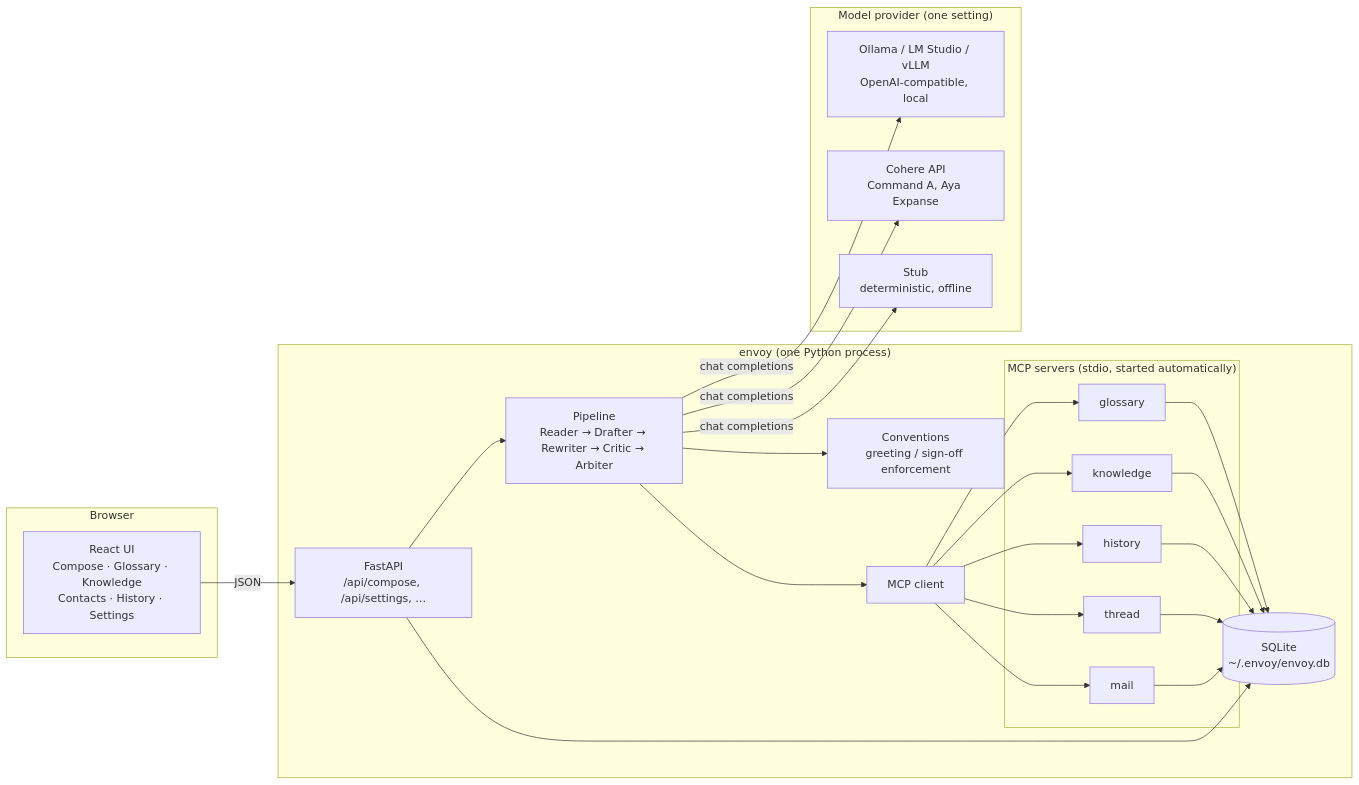
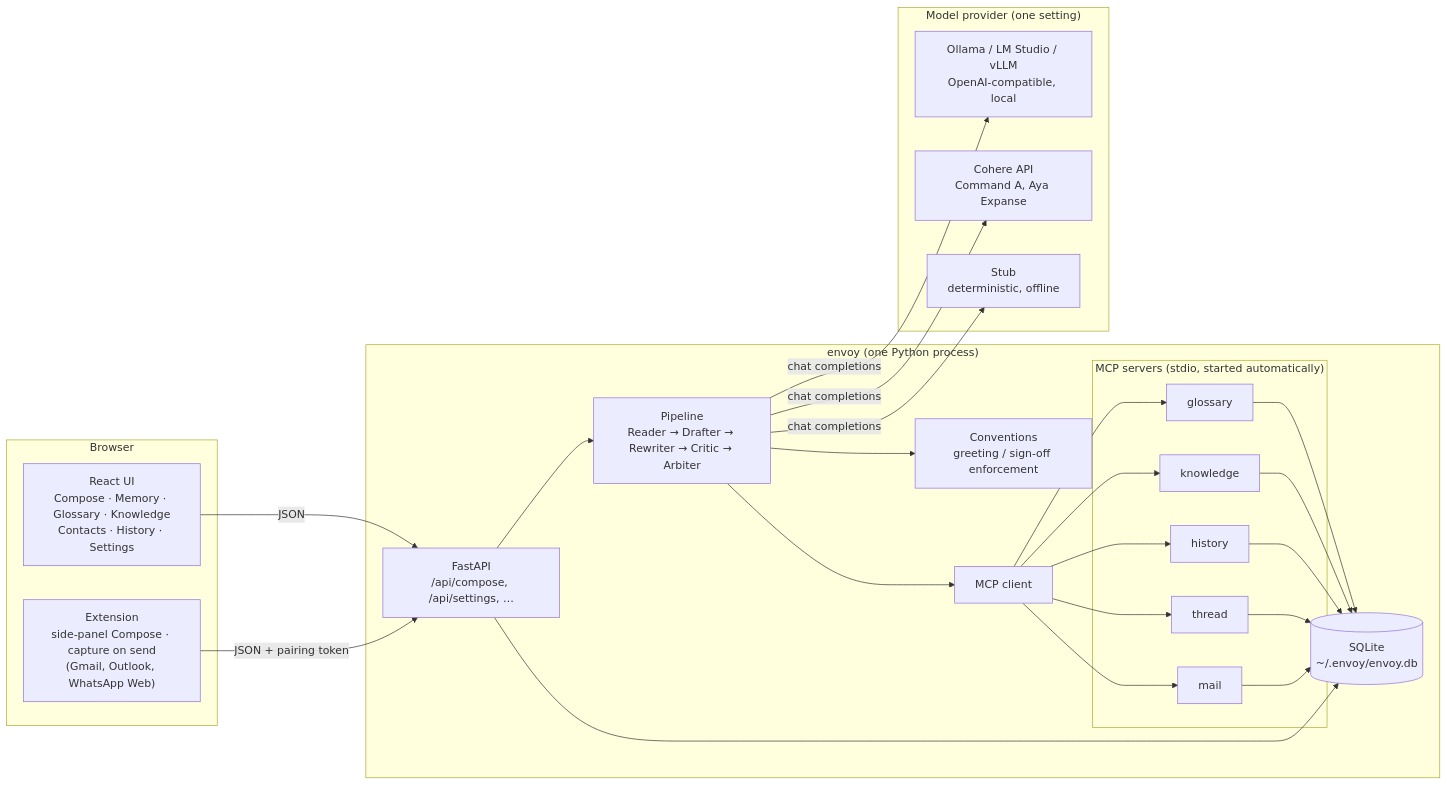
Before and after one commit to Saltef/Localect: the first of 4 diagrams in docs/ARCHITECTURE.md, drawn with Mermaid. The commit also changed 32 other files, not shown here.

````diff
--- a/docs/ARCHITECTURE.md
+++ b/docs/ARCHITECTURE.md
@@ -12,35 +12,37 @@
 ```mermaid
 flowchart LR
     subgraph Browser
-        UI["React UI<br/>Compose · Glossary · Knowledge<br/>Contacts · History · Settings"]
+        UI["React UI<br/>Compose · Memory · Glossary · Knowledge<br/>Contacts · History · Settings"]
+        EXT["Extension<br/>side-panel Compose · capture on send<br/>(Gmail, Outlook, WhatsApp Web)"]
     end
 
     subgraph "envoy (one Python process)"
         API["FastAPI<br/>/api/compose, /api/settings, …"]
         PIPE["Pipeline<br/>Reader → Drafter → Rewriter → Critic → Arbiter"]
         CONV["Conventions<br/>greeting / sign-off enforcement"]
         MCPC["MCP client"]
         DB[("SQLite<br/>~/.envoy/envoy.db")]
         subgraph "MCP servers (stdio, started automatically)"
             G[glossary]
             K[knowledge]
             H[history]
             T[thread]
             ML[mail]
         end
     end
 
     subgraph "Model provider (one setting)"
         M1["Ollama / LM Studio / vLLM<br/>OpenAI-compatible, local"]
         M2["Cohere API<br/>Command A, Aya Expanse"]
         M3["Stub<br/>deterministic, offline"]
     end
 
     UI -->|JSON| API --> PIPE
+    EXT -->|JSON + pairing token| API
     PIPE --> CONV
     PIPE --> MCPC --> G & K & H & T & ML --> DB
     API --> DB
     PIPE -->|chat completions| M1
     PIPE -->|chat completions| M2
     PIPE -->|chat completions| M3
 ```
````
